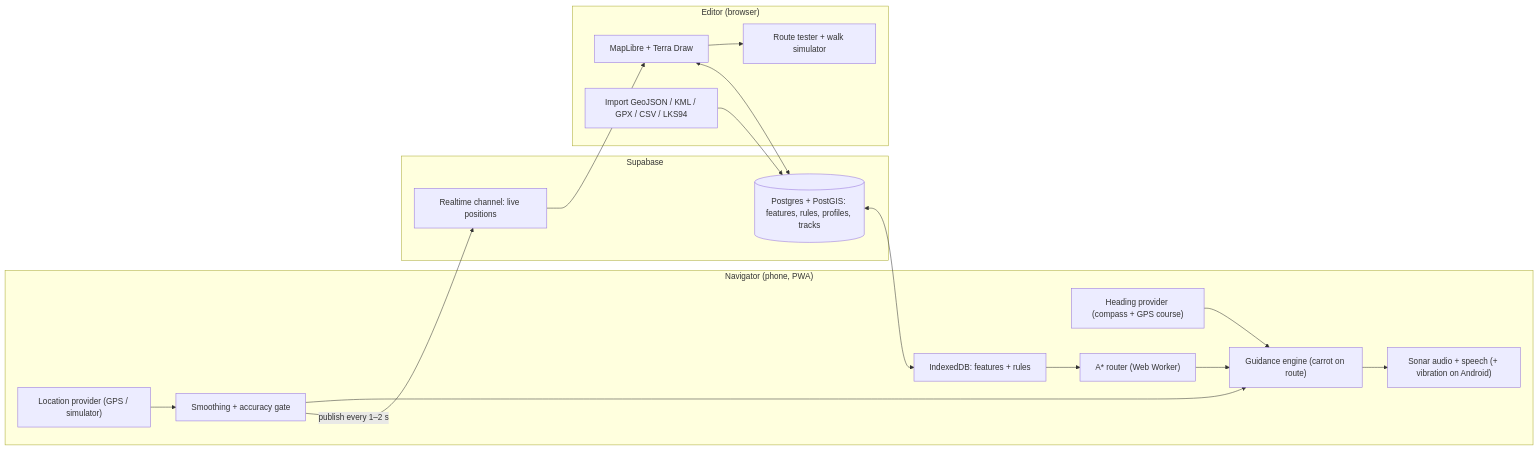
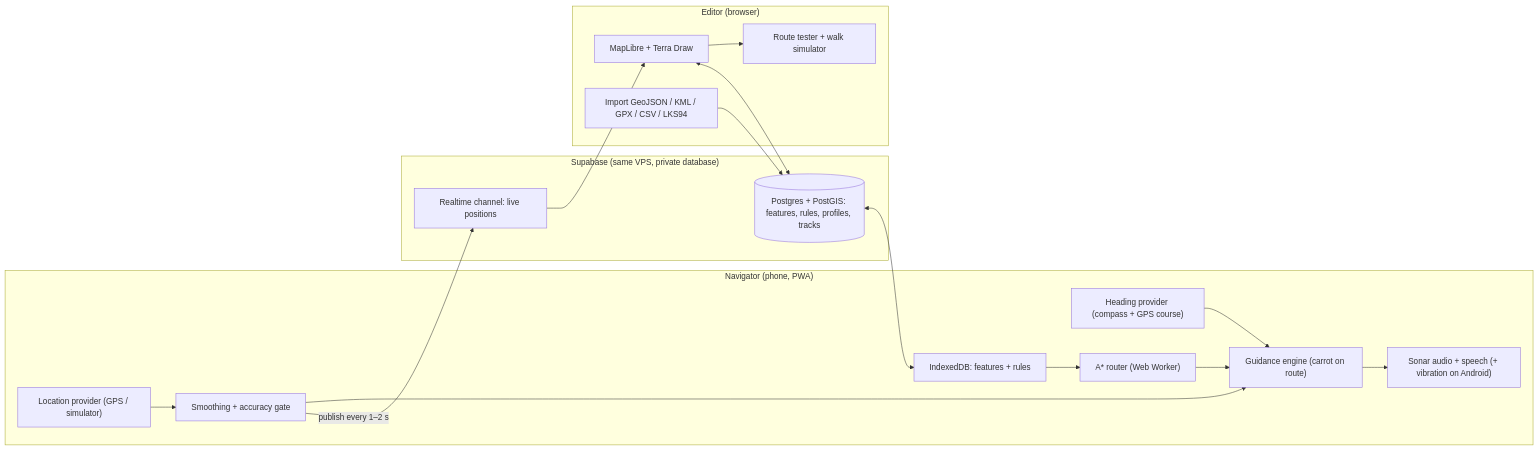
The diagram in docs/PLAN.md (LeVilius2/alouna), drawn with Mermaid before and after one commit. The commit also changed other lines of this file and 33 other files, not shown here.

````diff
--- a/docs/PLAN.md
+++ b/docs/PLAN.md
@@ -36,23 +36,23 @@
 ```mermaid
 flowchart LR
   subgraph Phone["Navigator (phone, PWA)"]
     GPS["Location provider (GPS / simulator)"] --> Filter["Smoothing + accuracy gate"]
     Compass["Heading provider (compass + GPS course)"] --> Guide
     Filter --> Guide["Guidance engine (carrot on route)"]
     Cache["IndexedDB: features + rules"] --> Router["A* router (Web Worker)"]
     Router --> Guide
     Guide --> Audio["Sonar audio + speech (+ vibration on Android)"]
   end
-  subgraph Cloud["Supabase"]
+  subgraph Cloud["Supabase (same VPS, private database)"]
     DB[("Postgres + PostGIS: features, rules, profiles, tracks")]
     RT["Realtime channel: live positions"]
   end
   subgraph Editor["Editor (browser)"]
     Map["MapLibre + Terra Draw"] --> Test["Route tester + walk simulator"]
     Import["Import GeoJSON / KML / GPX / CSV / LKS94"]
   end
   DB <--> Cache
   Filter -- "publish every 1–2 s" --> RT --> Map
   Map <--> DB
   Import --> DB
 ```
````
